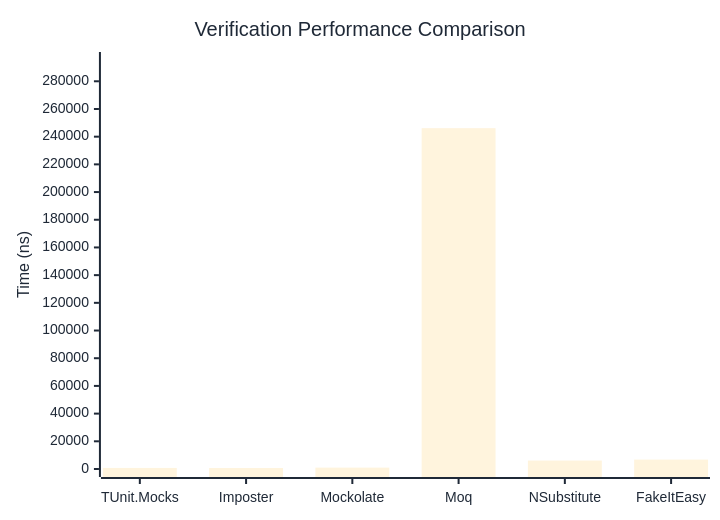
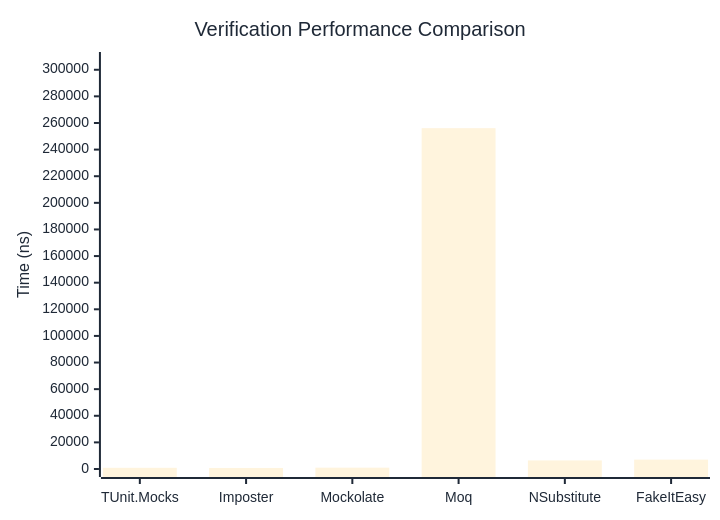
The first of 3 diagrams in docs/docs/benchmarks/mocks/Verification.md (thomhurst/TUnit), drawn with Mermaid before and after one commit. The commit also changed other lines of this file and 14 other files, not shown here.

````diff
--- a/docs/docs/benchmarks/mocks/Verification.md
+++ b/docs/docs/benchmarks/mocks/Verification.md
@@ -28,27 +28,27 @@
 ```mermaid
 %%{init: {
   'theme':'base',
   'themeVariables': {
     'primaryColor': '#2563eb',
     'primaryTextColor': '#1f2937',
     'primaryBorderColor': '#1e40af',
     'lineColor': '#6b7280',
     'secondaryColor': '#7c3aed',
     'tertiaryColor': '#dc2626',
     'background': '#ffffff',
     'pie1': '#2563eb',
     'pie2': '#7c3aed',
     'pie3': '#dc2626',
     'pie4': '#f59e0b',
     'pie5': '#10b981',
     'pie6': '#06b6d4',
     'pie7': '#ec4899',
     'pie8': '#6366f1'
   }
 }}%%
 xychart-beta
   title "Verification Performance Comparison"
   x-axis ["TUnit.Mocks", "Imposter", "Mockolate", "Moq", "NSubstitute", "FakeItEasy"]
-  y-axis "Time (ns)" 0 --> 295368
-  bar [766.3, 710.72, 1003.08, 246139.47, 6085.89, 6790.79]
+  y-axis "Time (ns)" 0 --> 307329
+  bar [897.91, 781.59, 1003.39, 256106.68, 6446.08, 7042.92]
 ```
````
